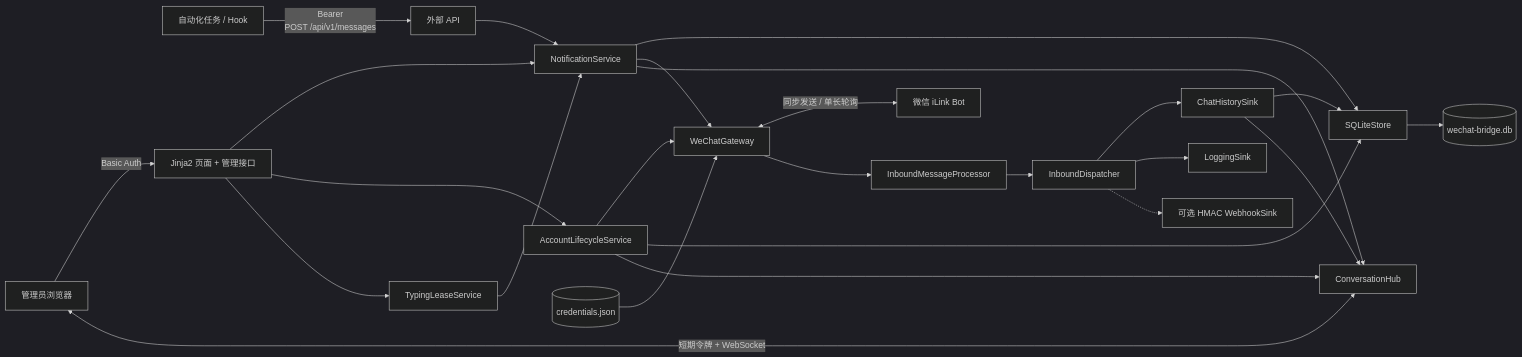
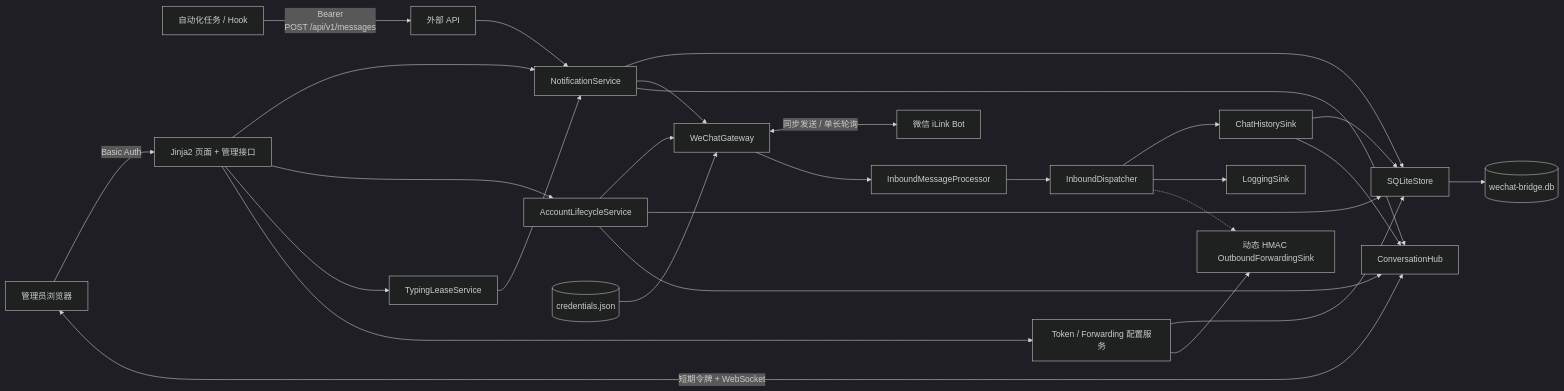
One commit to MyOldTime/wechat-bot-bridge changed the first of 5 diagrams in docs/architecture.md. Above: the diagram before and after it, drawn with Mermaid (dark theme). The commit also changed other lines of this file and 43 other files, not shown here.

````diff
--- a/docs/architecture.md
+++ b/docs/architecture.md
@@ -66,27 +66,30 @@
 ```mermaid
 flowchart LR
     EXT["自动化任务 / Hook"] -->|"Bearer<br/>POST /api/v1/messages"| API["外部 API"]
     ADMIN["管理员浏览器"] -->|"Basic Auth"| WEB["Jinja2 页面 + 管理接口"]
     ADMIN <-->|"短期令牌 + WebSocket"| HUB["ConversationHub"]
     API --> APP["NotificationService"]
     WEB --> APP
     WEB --> ACCOUNT["AccountLifecycleService"]
     WEB --> LEASE["TypingLeaseService"]
+    WEB --> CONFIG["Token / Forwarding 配置服务"]
     LEASE --> APP
     APP --> STORE["SQLiteStore"]
     APP --> GW["WeChatGateway"]
     APP --> HUB
     ACCOUNT --> GW
     ACCOUNT --> STORE
     ACCOUNT --> HUB
     GW <-->|"同步发送 / 单长轮询"| ILINK["微信 iLink Bot"]
     GW --> INBOUND["InboundMessageProcessor"]
     INBOUND --> DISP["InboundDispatcher"]
     DISP --> CHAT["ChatHistorySink"]
     CHAT --> STORE
     CHAT --> HUB
     DISP --> LOG["LoggingSink"]
-    DISP -.-> HOOK["可选 HMAC WebhookSink"]
+    DISP -.-> FORWARD["动态 HMAC OutboundForwardingSink"]
+    CONFIG --> STORE
+    CONFIG --> FORWARD
     STORE --> DB[("wechat-bridge.db")]
     CREDS[("credentials.json")] --> GW
 ```
````
